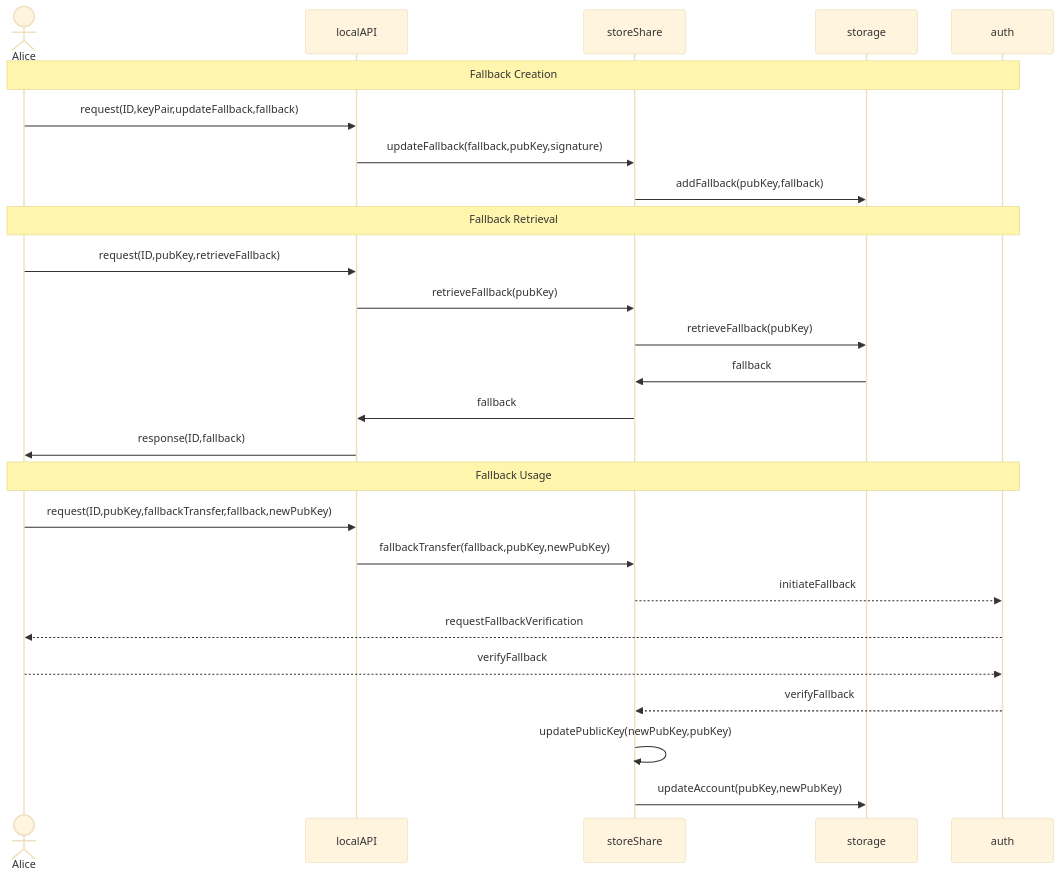
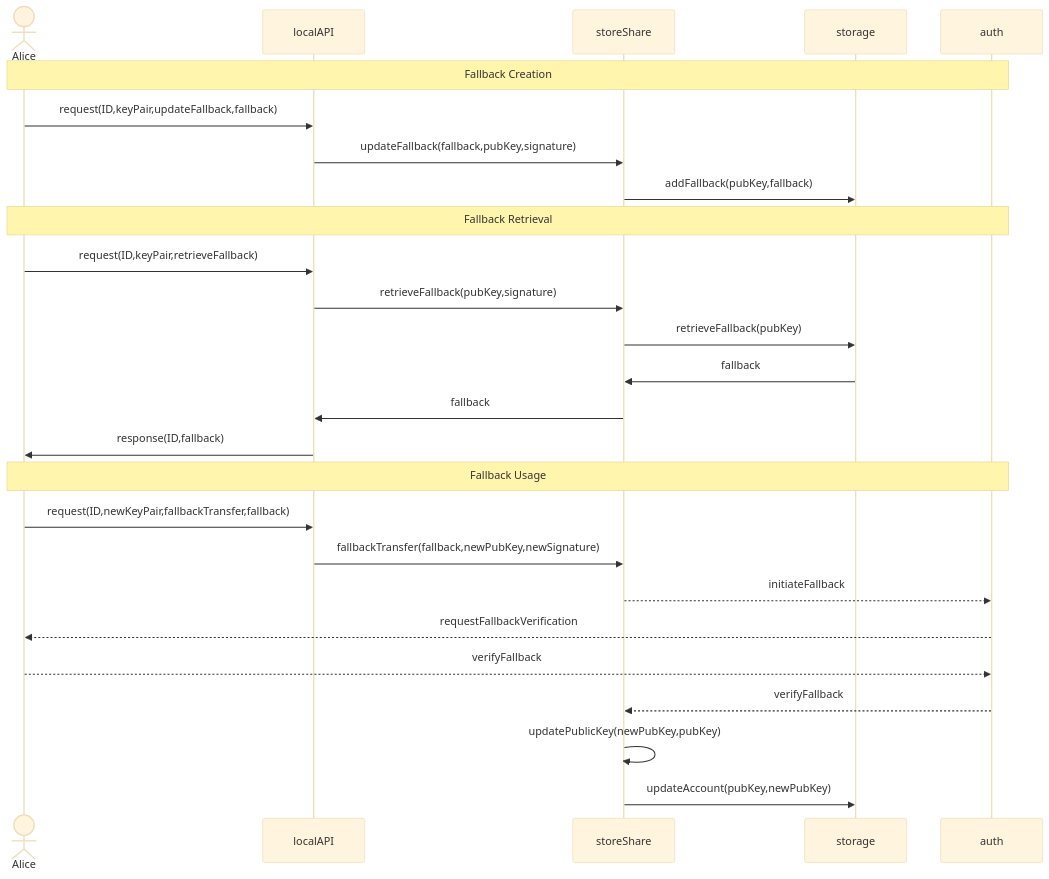
Before and after one commit to BlockchainCommons/Gordian: the second of 5 diagrams in Docs/CSR-SequenceDiagram.md, drawn with Mermaid (base theme).

Commit message:
fixed fallback sigs

````diff
--- a/Docs/CSR-SequenceDiagram.md
+++ b/Docs/CSR-SequenceDiagram.md
@@ -48,28 +44,31 @@
 ```mermaid
 sequenceDiagram
 actor Alice
 participant localAPI
 participant storeShare
 participant storage
 participant auth
+
 Note over Alice,auth: Fallback Creation
 Alice->>localAPI: request(ID,keyPair,updateFallback,fallback)
 localAPI->>storeShare: updateFallback(fallback,pubKey,signature)
 storeShare->>storage: addFallback(pubKey,fallback)
+
 Note over Alice,auth: Fallback Retrieval
-Alice->>localAPI: request(ID,pubKey,retrieveFallback)
-localAPI->>storeShare: retrieveFallback(pubKey)
+Alice->>localAPI: request(ID,keyPair,retrieveFallback)
+localAPI->>storeShare: retrieveFallback(pubKey,signature)
 storeShare->>storage: retrieveFallback(pubKey)
 storage->>storeShare: fallback
 storeShare->>localAPI: fallback
 localAPI->>Alice: response(ID,fallback)
+
 Note over Alice,auth: Fallback Usage
-Alice->>localAPI: request(ID,pubKey,fallbackTransfer,fallback,newPubKey)
-localAPI->>storeShare: fallbackTransfer(fallback,pubKey,newPubKey)
+Alice->>localAPI: request(ID,newKeyPair,fallbackTransfer,fallback)
+localAPI->>storeShare: fallbackTransfer(fallback,newPubKey,newSignature)
 storeShare-->>auth: initiateFallback
 auth-->>Alice: requestFallbackVerification
 Alice-->>auth: verifyFallback
 auth-->>storeShare: verifyFallback
 storeShare->>storeShare: updatePublicKey(newPubKey,pubKey)
 storeShare->>storage: updateAccount(pubKey,newPubKey)
 ```
````
